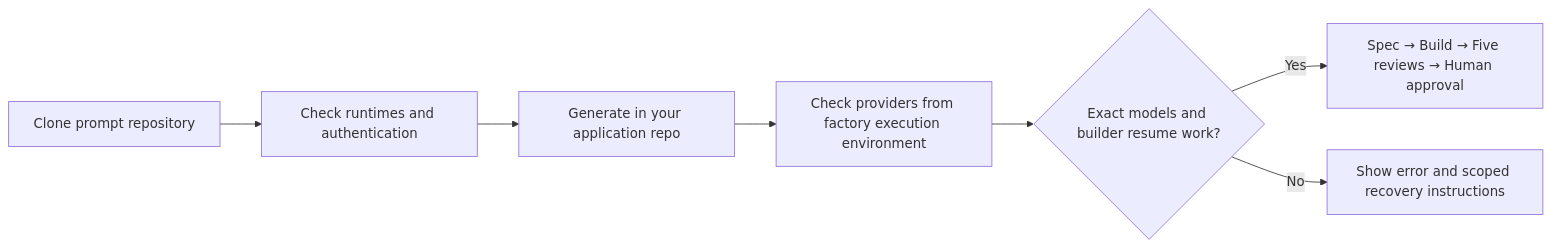
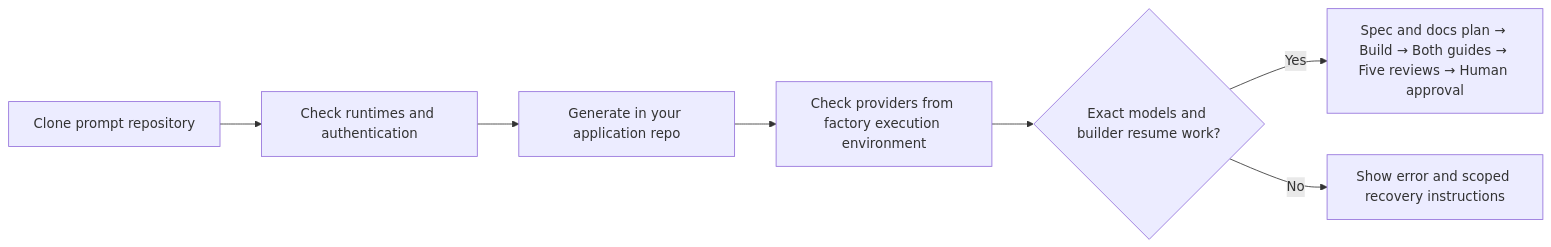
Before and after one commit to faiqfarooq/software-factory: the diagram in codex-claude/maintenance/docs/REPOSITORY-GUIDE.md, drawn with Mermaid. The commit also changed other lines of this file and 13 other files, not shown here.

````diff
--- a/codex-claude/maintenance/docs/REPOSITORY-GUIDE.md
+++ b/codex-claude/maintenance/docs/REPOSITORY-GUIDE.md
@@ -15,9 +15,9 @@
 ```mermaid
 flowchart LR
     Clone[Clone prompt repository] --> Checks[Check runtimes and authentication]
     Checks --> Generate[Generate in your application repo]
     Generate --> Live[Check providers from factory execution environment]
     Live --> Gate{Exact models and builder resume work?}
-    Gate -->|Yes| Feature[Spec → Build → Five reviews → Human approval]
+    Gate -->|Yes| Feature[Spec and docs plan → Build → Both guides → Five reviews → Human approval]
     Gate -->|No| Block[Show error and scoped recovery instructions]
 ```
````
